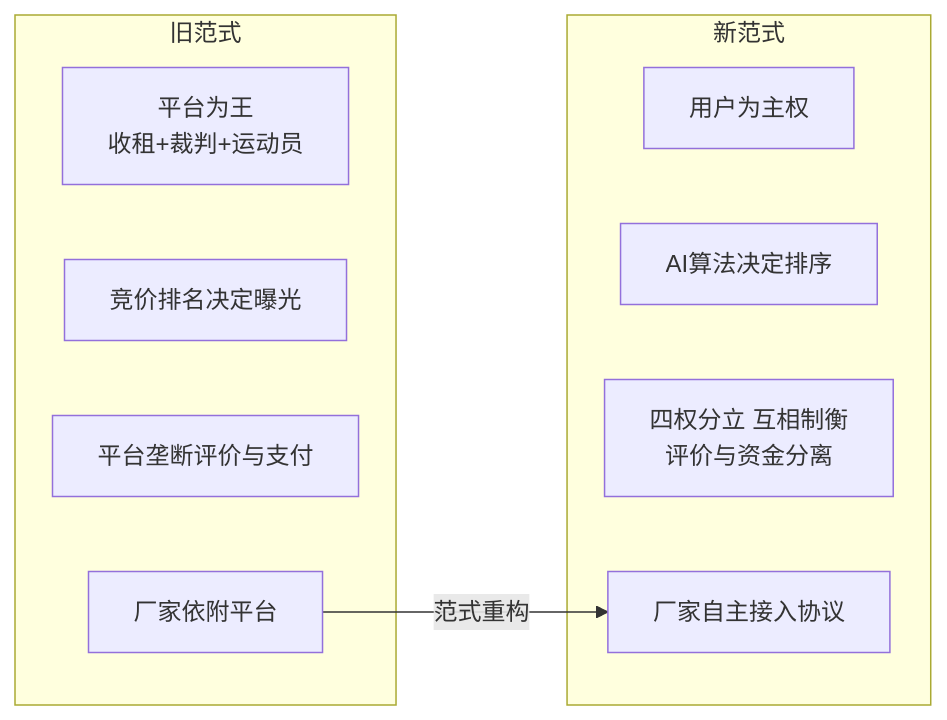
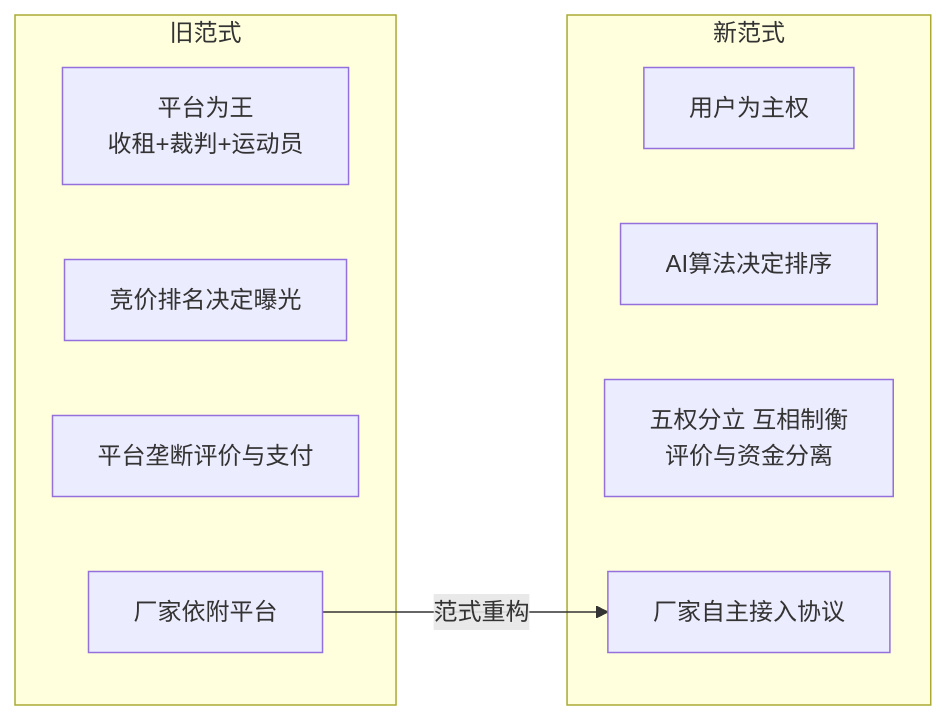
Before and after one commit to kaicen-x/ai-shopping-paradigm: the third of 7 diagrams in 中文简体/AI购物新范式.md, drawn with Mermaid. The commit also changed other lines of this file and 15 other files, not shown here.

````diff
--- a/中文简体/AI购物新范式.md
+++ b/中文简体/AI购物新范式.md
@@ -125,18 +127,18 @@
 ```mermaid
 graph LR
     subgraph 旧范式
         A1[平台为王<br/>收租+裁判+运动员]
         A2[竞价排名决定曝光]
         A3[平台垄断评价与支付]
         A4[厂家依附平台]
     end
 
     subgraph 新范式
         B1[用户为主权]
         B2[AI算法决定排序]
-        B3[四权分立 互相制衡<br/>评价与资金分离]
+        B3[五权分立 互相制衡<br/>评价与资金分离]
         B4[厂家自主接入协议]
     end
 
     A4 -->|范式重构| B4
 ```
````
